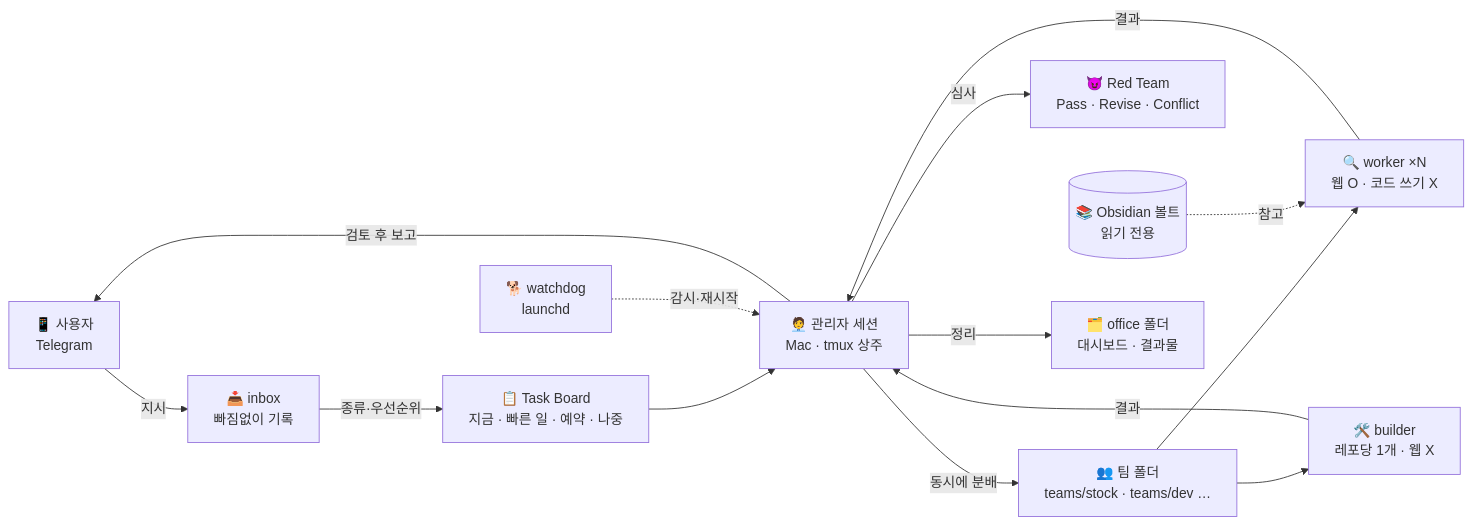
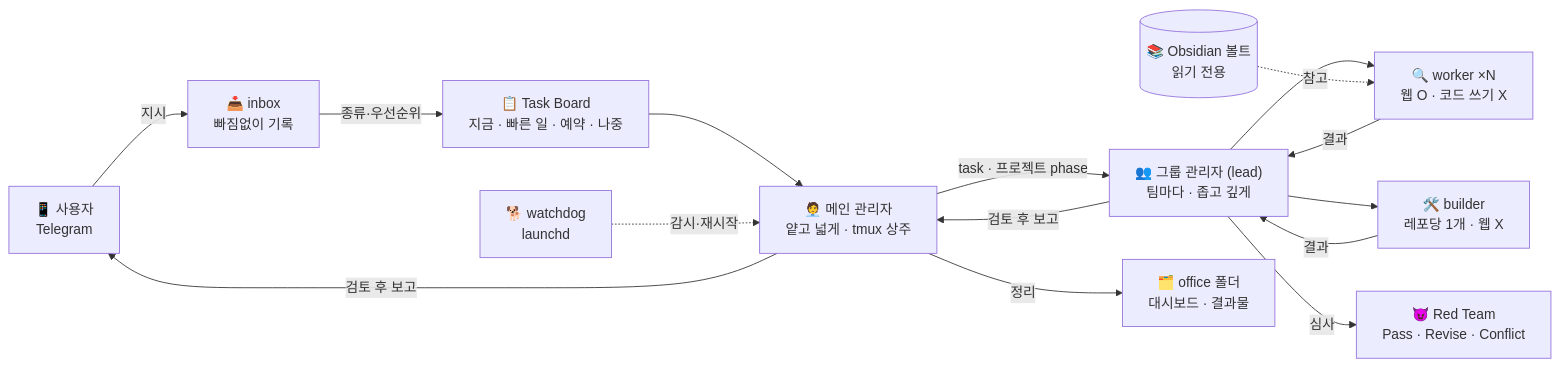
Before and after one commit to zzaehong/nidus-plugin: the diagram in README.md, drawn with Mermaid. The commit also changed other lines of this file and 18 other files, not shown here.

First line of the commit message:
그룹 관리자(nidus:lead), 프로젝트·phase, desk 체크리스트

````diff
--- a/README.md
+++ b/README.md
@@ -31,16 +32,17 @@
 ```mermaid
 flowchart LR
     U["📱 사용자<br/>Telegram"] -- 지시 --> I["📥 inbox<br/>빠짐없이 기록"]
     I -- "종류·우선순위" --> TB["📋 Task Board<br/>지금 · 빠른 일 · 예약 · 나중"]
-    TB --> M["🧑‍💼 관리자 세션<br/>Mac · tmux 상주"]
-    M -- "동시에 분배" --> T["👥 팀 폴더<br/>teams/stock · teams/dev …"]
-    T --> W["🔍 worker ×N<br/>웹 O · 코드 쓰기 X"]
-    T --> B["🛠️ builder<br/>레포당 1개 · 웹 X"]
-    W -- 결과 --> M
-    B -- 결과 --> M
-    M -- 심사 --> R["😈 Red Team<br/>Pass · Revise · Conflict"]
+    TB --> M["🧑‍💼 메인 관리자<br/>얕고 넓게 · tmux 상주"]
+    M -- "task · 프로젝트 phase" --> L["👥 그룹 관리자 (lead)<br/>팀마다 · 좁고 깊게"]
+    L --> W["🔍 worker ×N<br/>웹 O · 코드 쓰기 X"]
+    L --> B["🛠️ builder<br/>레포당 1개 · 웹 X"]
+    L -- 심사 --> R["😈 Red Team<br/>Pass · Revise · Conflict"]
+    W -- 결과 --> L
+    B -- 결과 --> L
+    L -- "검토 후 보고" --> M
     V[("📚 Obsidian 볼트<br/>읽기 전용")] -. 참고 .-> W
     M -- "검토 후 보고" --> U
     M -- 정리 --> O["🗂️ office 폴더<br/>대시보드 · 결과물"]
     D["🐕 watchdog<br/>launchd"] -. 감시·재시작 .-> M
 ```
````
